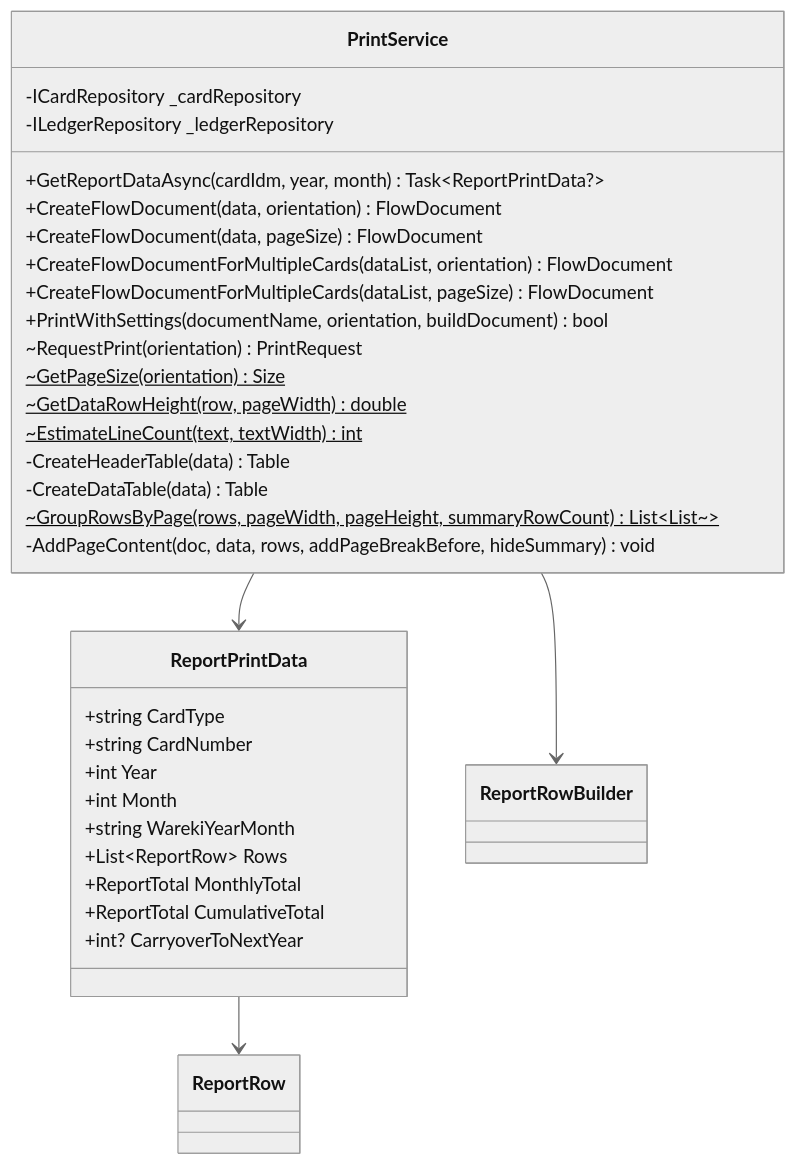
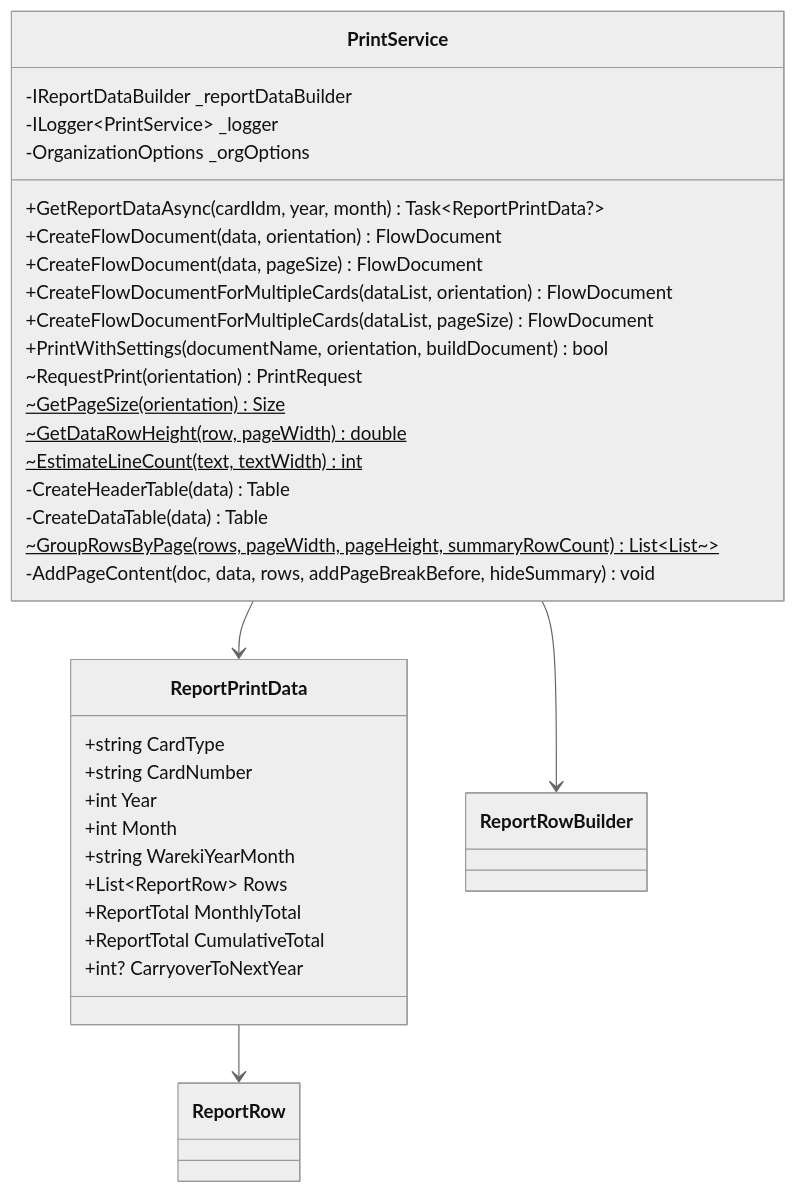
Diagram 14 of 52 in ICCardManager/docs/design/05_クラス設計書.md (kuwayamamasayuki/ICCardManager), drawn with Mermaid (neutral theme) before and after one commit. The commit also changed other lines of this file and 13 other files, not shown here.

````diff
--- a/ICCardManager/docs/design/05_クラス設計書.md
+++ b/ICCardManager/docs/design/05_クラス設計書.md
@@ -1292,37 +1292,38 @@
 ```mermaid
 classDiagram
     class PrintService {
-        -ICardRepository _cardRepository
-        -ILedgerRepository _ledgerRepository
+        -IReportDataBuilder _reportDataBuilder
+        -ILogger~PrintService~ _logger
+        -OrganizationOptions _orgOptions
         +GetReportDataAsync(cardIdm, year, month) Task~ReportPrintData?~
         +CreateFlowDocument(data, orientation) FlowDocument
         +CreateFlowDocument(data, pageSize) FlowDocument
         +CreateFlowDocumentForMultipleCards(dataList, orientation) FlowDocument
         +CreateFlowDocumentForMultipleCards(dataList, pageSize) FlowDocument
         +PrintWithSettings(documentName, orientation, buildDocument) bool
         ~RequestPrint(orientation) PrintRequest
         ~GetPageSize(orientation)$ Size
         ~GetDataRowHeight(row, pageWidth)$ double
         ~EstimateLineCount(text, textWidth)$ int
         -CreateHeaderTable(data) Table
         -CreateDataTable(data) Table
         ~GroupRowsByPage(rows, pageWidth, pageHeight, summaryRowCount)$ List~List~~
         -AddPageContent(doc, data, rows, addPageBreakBefore, hideSummary) void
     }
 
     class ReportPrintData {
         +string CardType
         +string CardNumber
         +int Year
         +int Month
         +string WarekiYearMonth
         +List~ReportRow~ Rows
         +ReportTotal MonthlyTotal
         +ReportTotal CumulativeTotal
         +int? CarryoverToNextYear
     }
 
     PrintService --> ReportPrintData
     PrintService --> ReportRowBuilder
     ReportPrintData --> ReportRow
 ```
````
